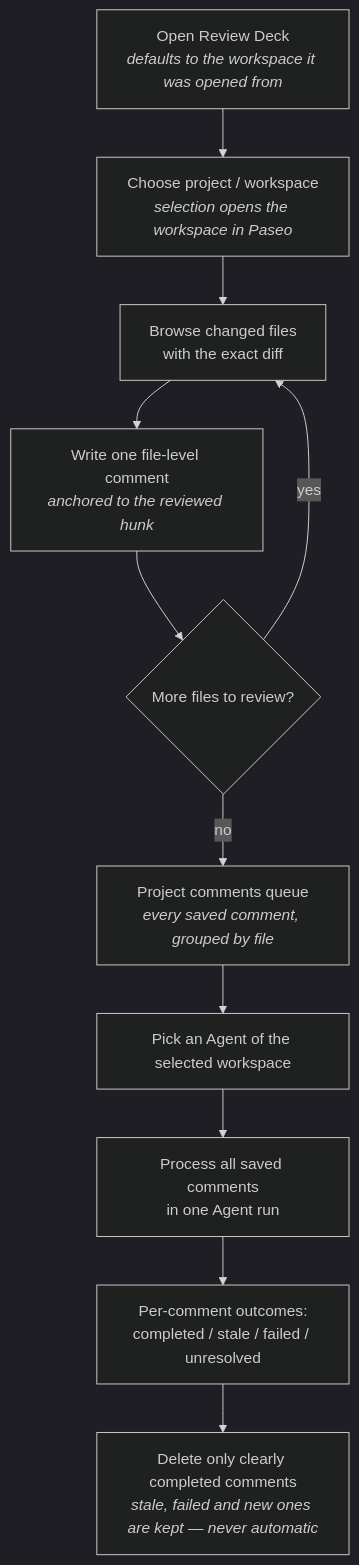
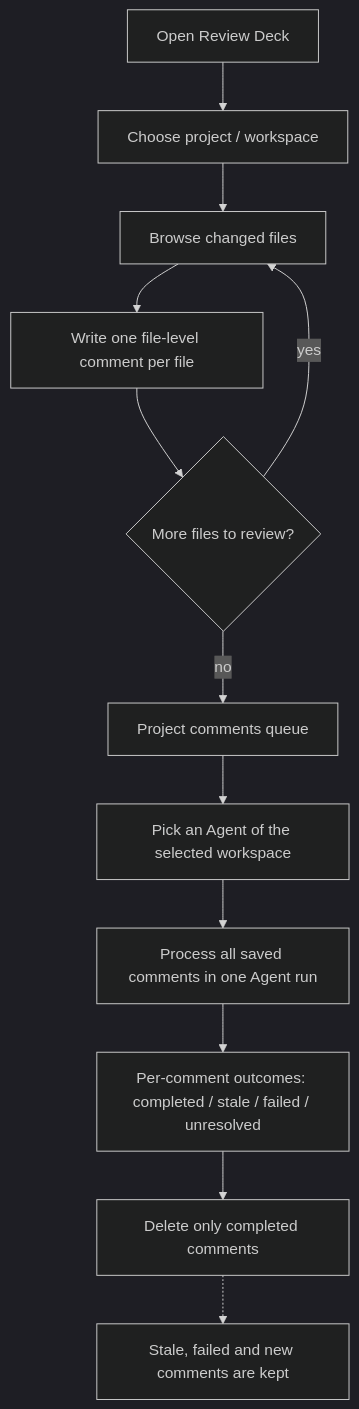
The diagram in README.md (mentalfl0w/review-deck), drawn with Mermaid (dark theme) before and after one commit.

Commit message:
docs(readme): simplify workflow diagram syntax

````diff
--- a/README.md
+++ b/README.md
@@ -31,13 +31,14 @@
 ```mermaid
 flowchart TB
-    A["Open Review Deck<br/><i>defaults to the workspace it was opened from</i>"] --> B["Choose project / workspace<br/><i>selection opens the workspace in Paseo</i>"]
-    B --> C["Browse changed files<br/>with the exact diff"]
-    C --> D["Write one file-level comment<br/><i>anchored to the reviewed hunk</i>"]
-    D --> E{"More files to review?"}
-    E -- "yes" --> C
-    E -- "no" --> F["Project comments queue<br/><i>every saved comment, grouped by file</i>"]
-    F --> G["Pick an Agent of the selected workspace"]
-    G --> H["Process all saved comments<br/>in one Agent run"]
-    H --> I["Per-comment outcomes:<br/>completed / stale / failed / unresolved"]
-    I --> J["Delete only clearly completed comments<br/><i>stale, failed and new ones are kept — never automatic</i>"]
+    A[Open Review Deck] --> B[Choose project / workspace]
+    B --> C[Browse changed files]
+    C --> D[Write one file-level comment per file]
+    D --> E{More files to review?}
+    E -- yes --> C
+    E -- no --> F[Project comments queue]
+    F --> G[Pick an Agent of the selected workspace]
+    G --> H[Process all saved comments in one Agent run]
+    H --> I[Per-comment outcomes: completed / stale / failed / unresolved]
+    I --> J[Delete only completed comments]
+    J -.-> K[Stale, failed and new comments are kept]
 ```
````
